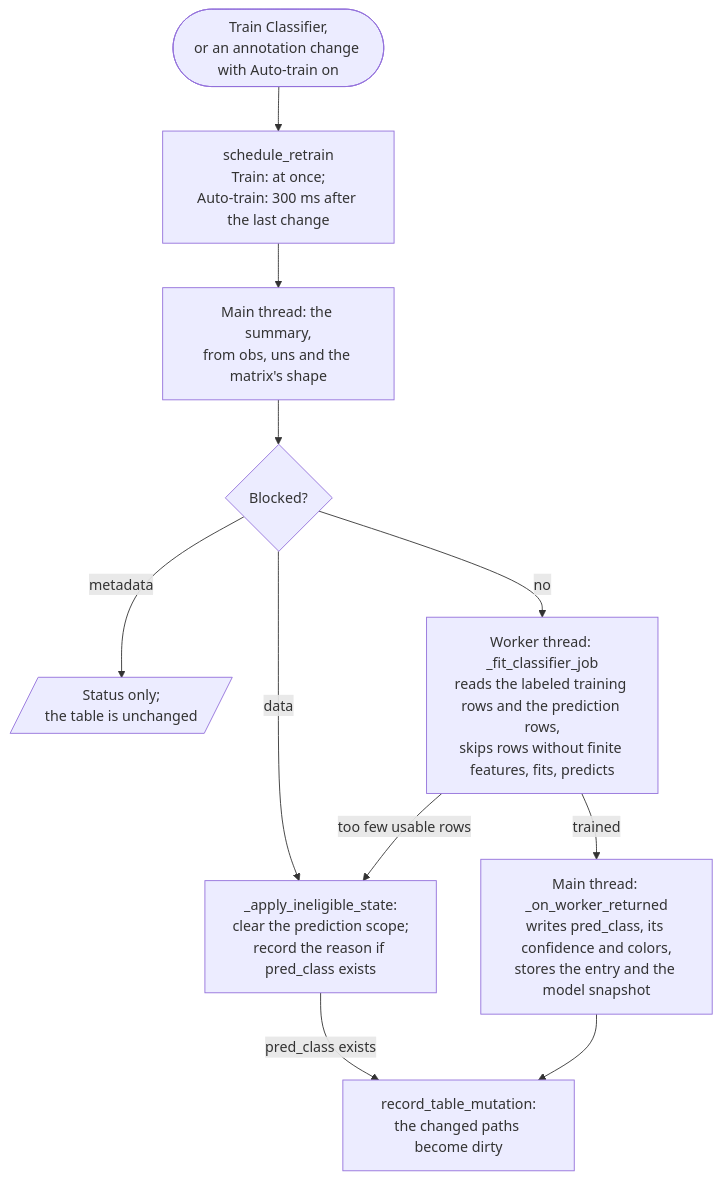
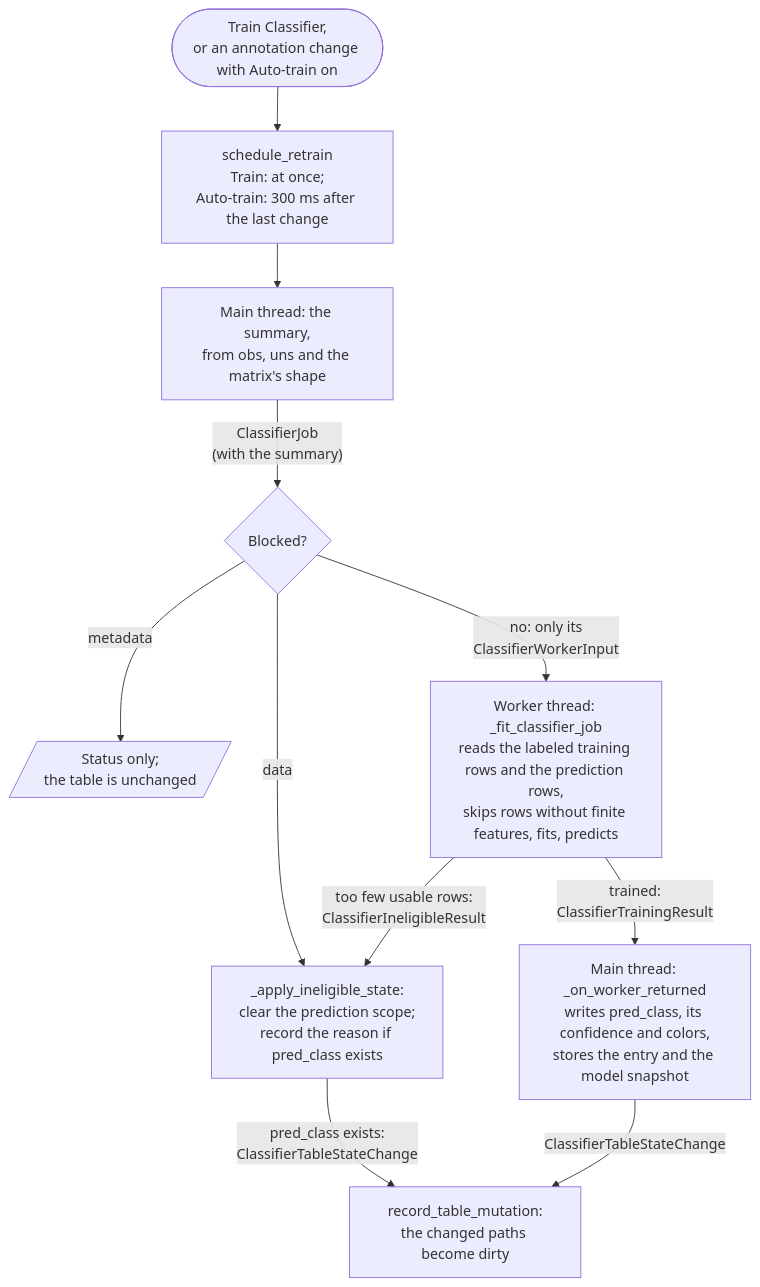
One commit to vibspatial/spatiato changed the first of 2 diagrams in docs/development/classifier.md. Above: the diagram before and after it, drawn with Mermaid. The commit also changed other lines of this file, not shown here.

Commit message:
classifier

````diff
--- a/docs/development/classifier.md
+++ b/docs/development/classifier.md
@@ -85,13 +85,13 @@
 ```mermaid
 flowchart TD
     w_start(["Train Classifier,<br/>or an annotation change with Auto-train on"]) --> w_schedule["schedule_retrain<br/>Train: at once;<br/>Auto-train: 300 ms after the last change"]
     w_schedule --> w_summary["Main thread: the summary,<br/>from obs, uns and the matrix's shape"]
-    w_summary --> w_blocker{"Blocked?"}
+    w_summary -- "ClassifierJob<br/>(with the summary)" --> w_blocker{"Blocked?"}
     w_blocker -- metadata --> w_status[/"Status only;<br/>the table is unchanged"/]
     w_blocker -- data --> w_ineligible["_apply_ineligible_state:<br/>clear the prediction scope;<br/>record the reason if pred_class exists"]
-    w_blocker -- no --> w_worker["Worker thread: _fit_classifier_job<br/>reads the labeled training rows and the prediction rows,<br/>skips rows without finite features, fits, predicts"]
-    w_worker -- too few usable rows --> w_ineligible
-    w_worker -- trained --> w_apply["Main thread: _on_worker_returned<br/>writes pred_class, its confidence and colors,<br/>stores the entry and the model snapshot"]
-    w_ineligible -- pred_class exists --> w_event["record_table_mutation:<br/>the changed paths become dirty"]
-    w_apply --> w_event
+    w_blocker -- "no: only its<br/>ClassifierWorkerInput" --> w_worker["Worker thread: _fit_classifier_job<br/>reads the labeled training rows and the prediction rows,<br/>skips rows without finite features, fits, predicts"]
+    w_worker -- "too few usable rows:<br/>ClassifierIneligibleResult" --> w_ineligible
+    w_worker -- "trained:<br/>ClassifierTrainingResult" --> w_apply["Main thread: _on_worker_returned<br/>writes pred_class, its confidence and colors,<br/>stores the entry and the model snapshot"]
+    w_ineligible -- "pred_class exists:<br/>ClassifierTableStateChange" --> w_event["record_table_mutation:<br/>the changed paths become dirty"]
+    w_apply -- ClassifierTableStateChange --> w_event
 ```
````
